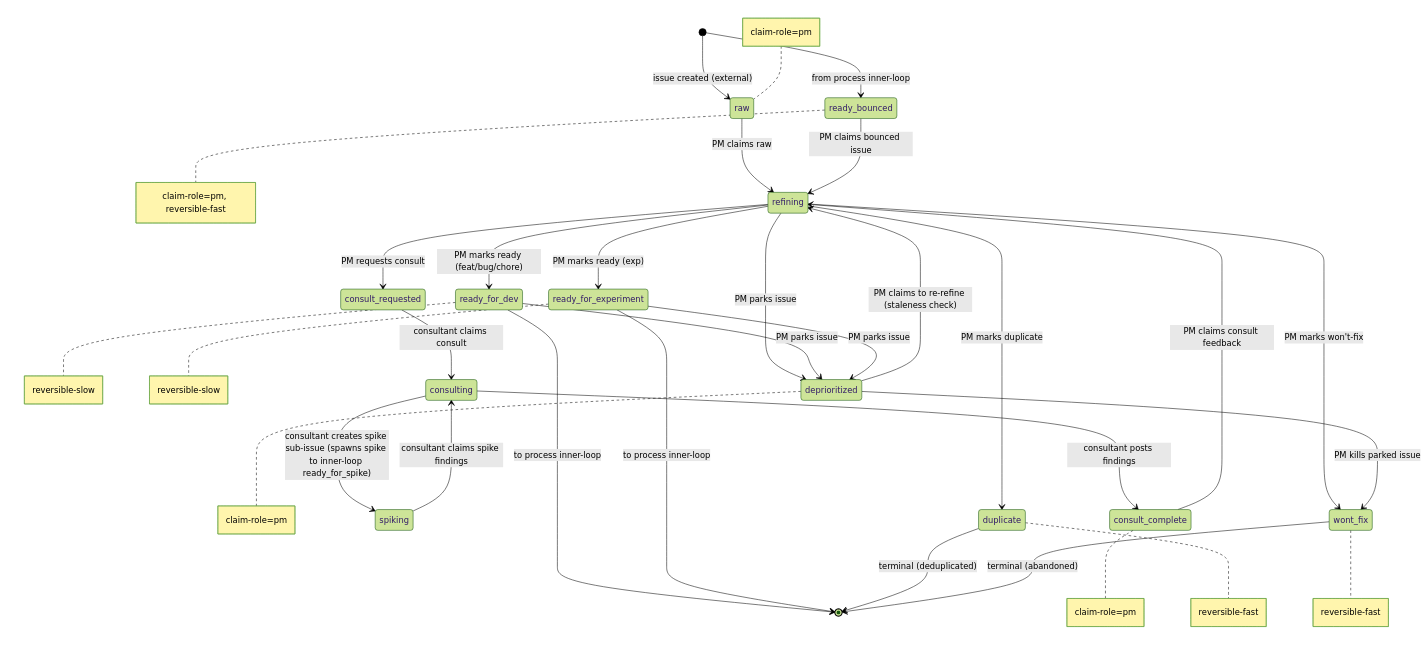
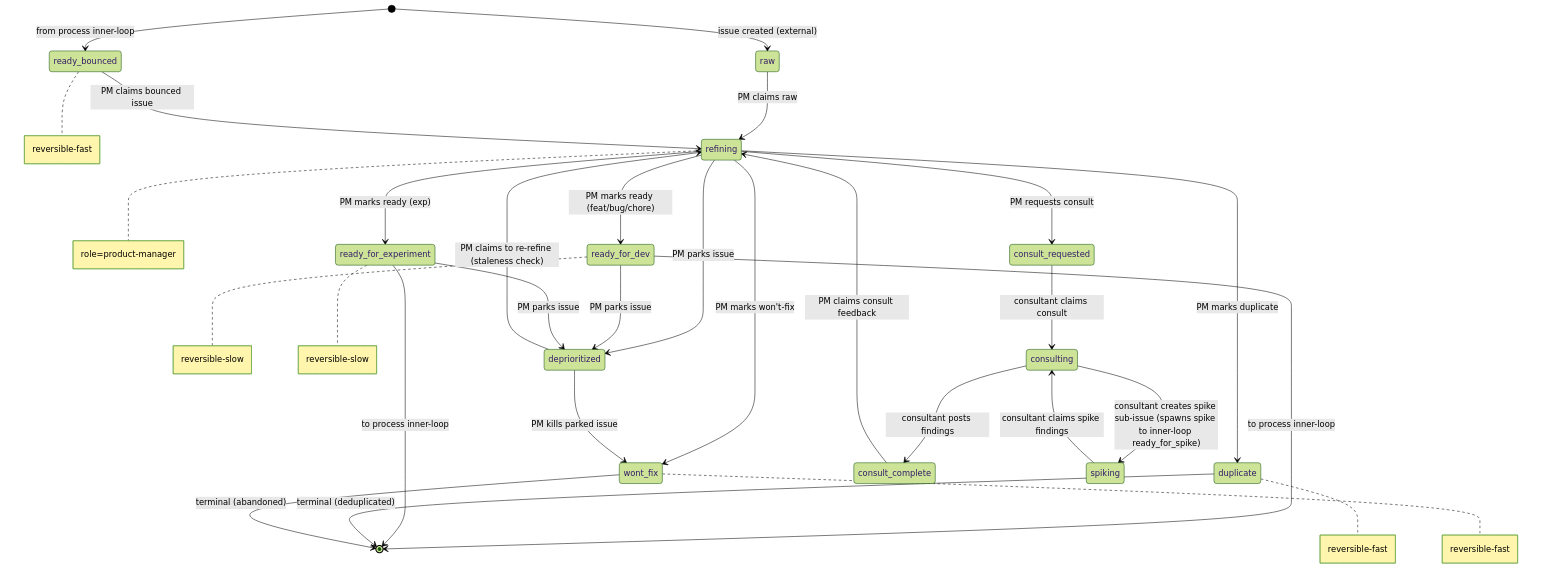
The diagram in examples/workflows/refinement.md (blemees/blemees-workflow), drawn with Mermaid (forest theme) before and after one commit. The commit also changed other lines of this file and 65 other files, not shown here.

````diff
--- a/examples/workflows/refinement.md
+++ b/examples/workflows/refinement.md
@@ -14,41 +14,39 @@
 ```mermaid
 stateDiagram-v2
     %% Cross-process interfaces:
     %%   Entry (shared): ready_bounced from process inner-loop
     %%   Exit  (shared): ready_for_dev to process inner-loop
     %%   Exit  (shared): ready_for_experiment to process inner-loop
     %%
 
     [*] --> raw: issue created (external)
     [*] --> ready_bounced: from process inner-loop
     raw --> refining: PM claims raw
     refining --> duplicate: PM marks duplicate
     refining --> wont_fix: PM marks won't-fix
     refining --> consult_requested: PM requests consult
     consult_requested --> consulting: consultant claims consult
     consulting --> consult_complete: consultant posts findings
     consult_complete --> refining: PM claims consult feedback
     consulting --> spiking: consultant creates spike sub-issue (spawns spike to inner-loop ready_for_spike)
     spiking --> consulting: consultant claims spike findings
     refining --> ready_for_dev: PM marks ready (feat/bug/chore)
     refining --> ready_for_experiment: PM marks ready (exp)
     ready_for_dev --> [*]: to process inner-loop
     ready_for_experiment --> [*]: to process inner-loop
     ready_bounced --> refining: PM claims bounced issue
     refining --> deprioritized: PM parks issue
     ready_for_dev --> deprioritized: PM parks issue
     ready_for_experiment --> deprioritized: PM parks issue
     deprioritized --> refining: PM claims to re-refine (staleness check)
     deprioritized --> wont_fix: PM kills parked issue
     duplicate --> [*]: terminal (deduplicated)
     wont_fix --> [*]: terminal (abandoned)
 
-    note left of raw: claim-role=pm
-    note right of consult_complete: claim-role=pm
+    note right of refining: role=product-manager
     note right of ready_for_dev: reversible-slow
     note right of ready_for_experiment: reversible-slow
-    note right of ready_bounced: claim-role=pm, reversible-fast
-    note right of deprioritized: claim-role=pm
+    note right of ready_bounced: reversible-fast
     note right of duplicate: reversible-fast
     note right of wont_fix: reversible-fast
 ```
````
